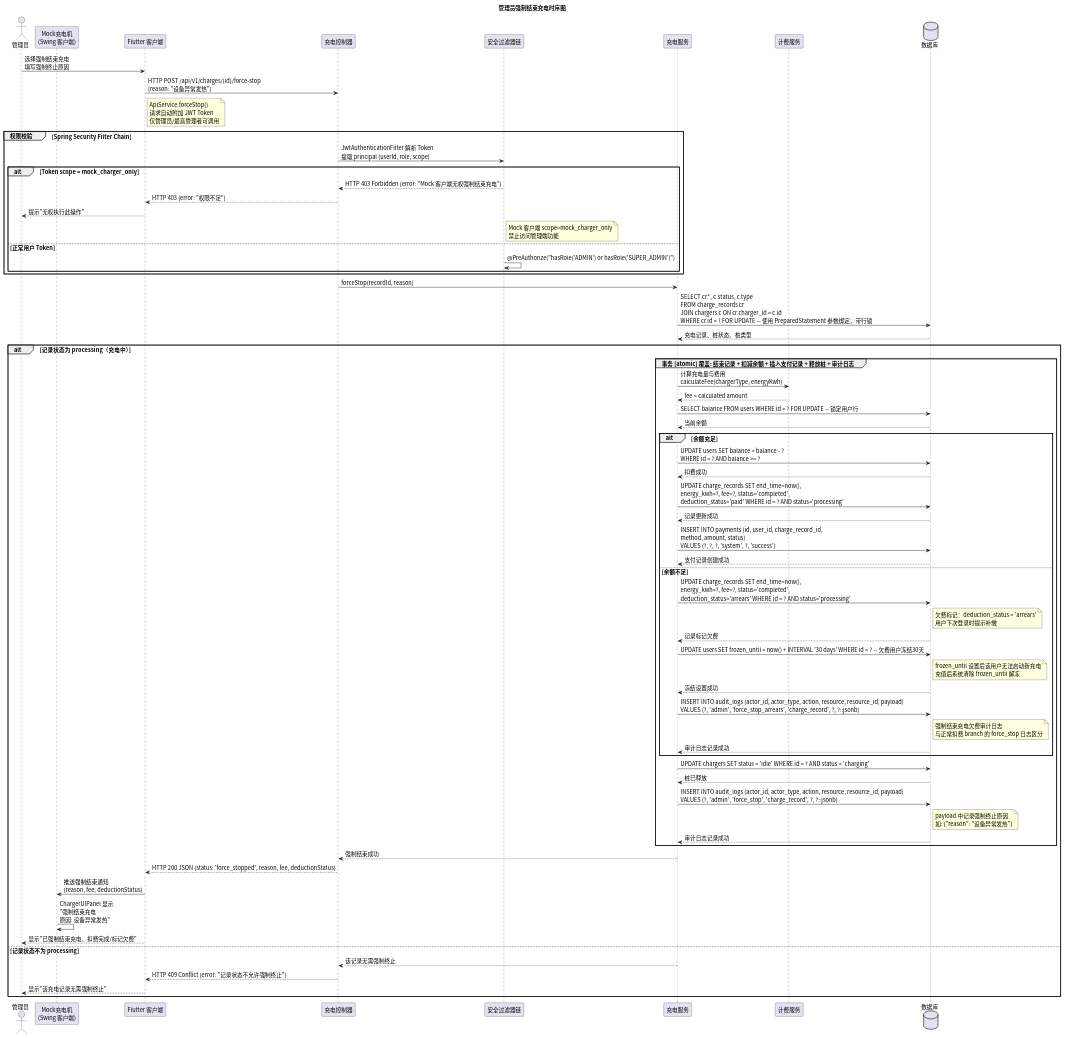
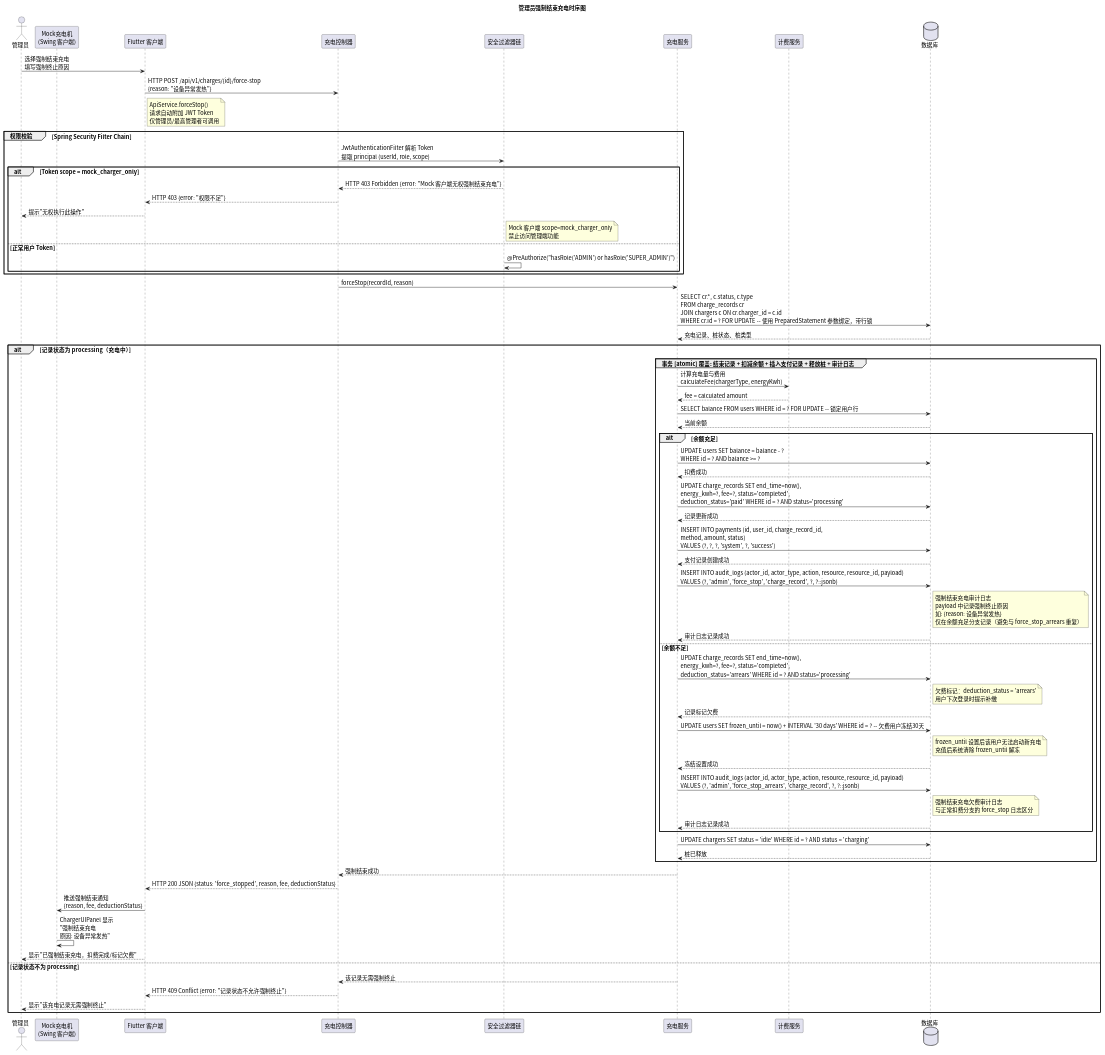
The diagram in time/src/sequence_force_stop.puml (greenhandzdl/charging-station-doc), drawn with PlantUML before and after one commit. The commit also changed 18 other files, not shown here.

First line of the commit message:
fix: 第1轮评估修复完结 — 强制结束补充审计日志、密码重置时序图、安全注解补充

```diff
--- a/time/src/sequence_force_stop.puml
+++ b/time/src/sequence_force_stop.puml
@@ -1,87 +1,87 @@
 @startuml
 skinparam defaultFontName "Noto Sans CJK SC"
 skinparam defaultFontSize 14
 title 管理员强制结束充电时序图
 
 ' 所有 SQL 操作使用 PreparedStatement 参数绑定，禁止字符串拼接
 actor 管理员 as Admin
 participant "Mock充电机\n(Swing 客户端)" as MC
 participant "Flutter 客户端" as FE
 participant "充电控制器" as Ctrl
 participant "安全过滤器链" as Security
 participant "充电服务" as Service
 participant "计费服务" as Bill
 database 数据库 as DB
 
 Admin -> FE: 选择强制结束充电\n填写强制终止原因
 FE -> Ctrl: HTTP POST /api/v1/charges/{id}/force-stop\n{reason: "设备异常发热"}
 note right FE : ApiService.forceStop()\n请求自动附加 JWT Token\n仅管理员/最高管理者可调用
 
 group 权限校验 [Spring Security Filter Chain]
   Ctrl -> Security: JwtAuthenticationFilter 解析 Token\n提取 principal (userId, role, scope)
 
   alt Token scope = mock_charger_only
     Security --> Ctrl: HTTP 403 Forbidden {error: "Mock 客户端无权强制结束充电"}
     Ctrl --> FE: HTTP 403 {error: "权限不足"}
     FE --> Admin: 提示"无权执行此操作"
     note right Security : Mock 客户端 scope=mock_charger_only\n禁止访问管理端功能
   else 正常用户 Token
     Security -> Security: @PreAuthorize("hasRole('ADMIN') or hasRole('SUPER_ADMIN')")
   end
 end
 
 Ctrl -> Service: forceStop(recordId, reason)
 
 Service -> DB: SELECT cr.*, c.status, c.type\nFROM charge_records cr\nJOIN chargers c ON cr.charger_id = c.id\nWHERE cr.id = ? FOR UPDATE -- 使用 PreparedStatement 参数绑定，带行锁
 DB --> Service: 充电记录、桩状态、桩类型
 
 alt 记录状态为 processing（充电中）
   group 事务 [atomic] 覆盖: 结束记录 + 扣减余额 + 插入支付记录 + 释放桩 + 审计日志
     Service -> Bill: 计算充电量与费用\ncalculateFee(chargerType, energyKwh)
 Bill --> Service: fee = calculated amount
 
     Service -> DB: SELECT balance FROM users WHERE id = ? FOR UPDATE -- 锁定用户行
     DB --> Service: 当前余额
 
     alt 余额充足
       Service -> DB: UPDATE users SET balance = balance - ?\nWHERE id = ? AND balance >= ?
       DB --> Service: 扣费成功
 
       Service -> DB: UPDATE charge_records SET end_time=now(),\nenergy_kwh=?, fee=?, status='completed',\ndeduction_status='paid' WHERE id = ? AND status='processing'
       DB --> Service: 记录更新成功
 
       Service -> DB: INSERT INTO payments (id, user_id, charge_record_id,\nmethod, amount, status)\nVALUES (?, ?, ?, 'system', ?, 'success')
       DB --> Service: 支付记录创建成功
+
+      Service -> DB: INSERT INTO audit_logs (actor_id, actor_type, action, resource, resource_id, payload)\nVALUES (?, 'admin', 'force_stop', 'charge_record', ?, ?::jsonb)
+      note right DB : 强制结束充电审计日志\npayload 中记录强制终止原因\n如: {\"reason\": \"设备异常发热\"}\n仅在余额充足分支记录（避免与 force_stop_arrears 重复）
+      DB --> Service: 审计日志记录成功
     else 余额不足
       Service -> DB: UPDATE charge_records SET end_time=now(),\nenergy_kwh=?, fee=?, status='completed',\ndeduction_status='arrears' WHERE id = ? AND status='processing'
       note right DB : 欠费标记：deduction_status = 'arrears'\n用户下次登录时提示补缴
       DB --> Service: 记录标记欠费
 
       Service -> DB: UPDATE users SET frozen_until = now() + INTERVAL '30 days' WHERE id = ? -- 欠费用户冻结30天
       note right DB : frozen_until 设置后该用户无法启动新充电\n充值后系统清除 frozen_until 解冻
       DB --> Service: 冻结设置成功
 
       Service -> DB: INSERT INTO audit_logs (actor_id, actor_type, action, resource, resource_id, payload)\nVALUES (?, 'admin', 'force_stop_arrears', 'charge_record', ?, ?::jsonb)
-      note right DB : 强制结束充电欠费审计日志\n与正常扣费 branch 的 force_stop 日志区分
+      note right DB : 强制结束充电欠费审计日志\n与正常扣费分支的 force_stop 日志区分
       DB --> Service: 审计日志记录成功
     end
 
     Service -> DB: UPDATE chargers SET status = 'idle' WHERE id = ? AND status = 'charging'
     DB --> Service: 桩已释放
-
-    Service -> DB: INSERT INTO audit_logs (actor_id, actor_type, action, resource, resource_id, payload)\nVALUES (?, 'admin', 'force_stop', 'charge_record', ?, ?::jsonb)
-    note right DB : payload 中记录强制终止原因\n如: {"reason": "设备异常发热"}
-    DB --> Service: 审计日志记录成功
   end
 
   Service --> Ctrl: 强制结束成功
   Ctrl --> FE: HTTP 200 JSON {status: 'force_stopped', reason, fee, deductionStatus}
   FE -> MC: 推送强制结束通知\n{reason, fee, deductionStatus}
   MC -> MC: ChargerUIPanel 显示\n"强制结束充电\n原因: 设备异常发热"
   FE --> Admin: 显示"已强制结束充电，扣费完成/标记欠费"
 else 记录状态不为 processing
   Service --> Ctrl: 该记录无需强制终止
   Ctrl --> FE: HTTP 409 Conflict {error: "记录状态不允许强制终止"}
   FE --> Admin: 显示"该充电记录无需强制终止"
 end
 @enduml
```
